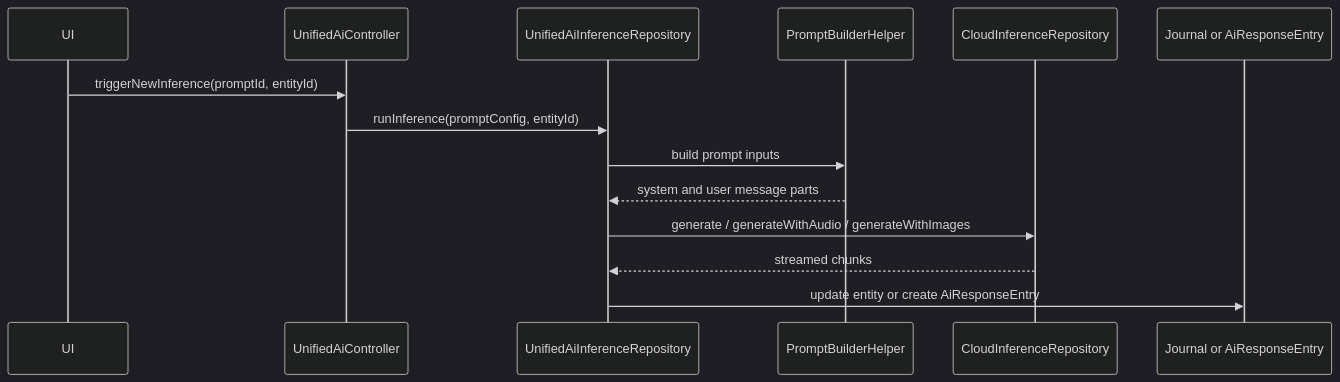
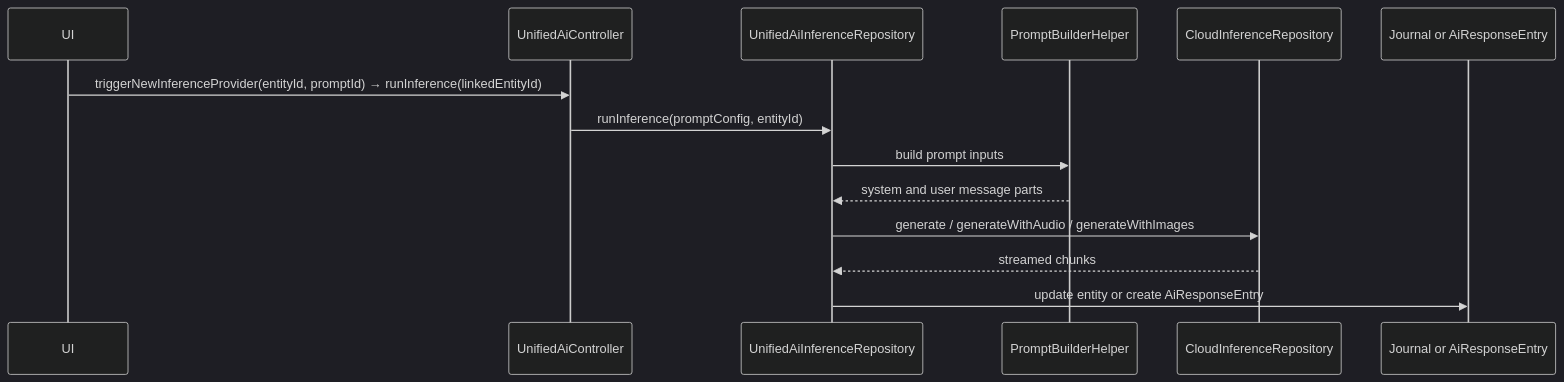
The first of 4 diagrams in knowledge/features/ai/execution-paths.md (matthiasn/lotti), drawn with Mermaid (dark theme) before and after one commit. The commit also changed other lines of this file and 10 other files, not shown here.

````diff
--- a/knowledge/features/ai/execution-paths.md
+++ b/knowledge/features/ai/execution-paths.md
@@ -62,17 +74,17 @@
 ```mermaid
 sequenceDiagram
   participant UI as UI
   participant Controller as UnifiedAiController
   participant Repo as UnifiedAiInferenceRepository
   participant Builder as PromptBuilderHelper
   participant Route as CloudInferenceRepository
   participant Store as Journal or AiResponseEntry
 
-  UI->>Controller: triggerNewInference(promptId, entityId)
+  UI->>Controller: triggerNewInferenceProvider(entityId, promptId) → runInference(linkedEntityId)
   Controller->>Repo: runInference(promptConfig, entityId)
   Repo->>Builder: build prompt inputs
   Builder-->>Repo: system and user message parts
   Repo->>Route: generate / generateWithAudio / generateWithImages
   Route-->>Repo: streamed chunks
   Repo->>Store: update entity or create AiResponseEntry
 ```
````
